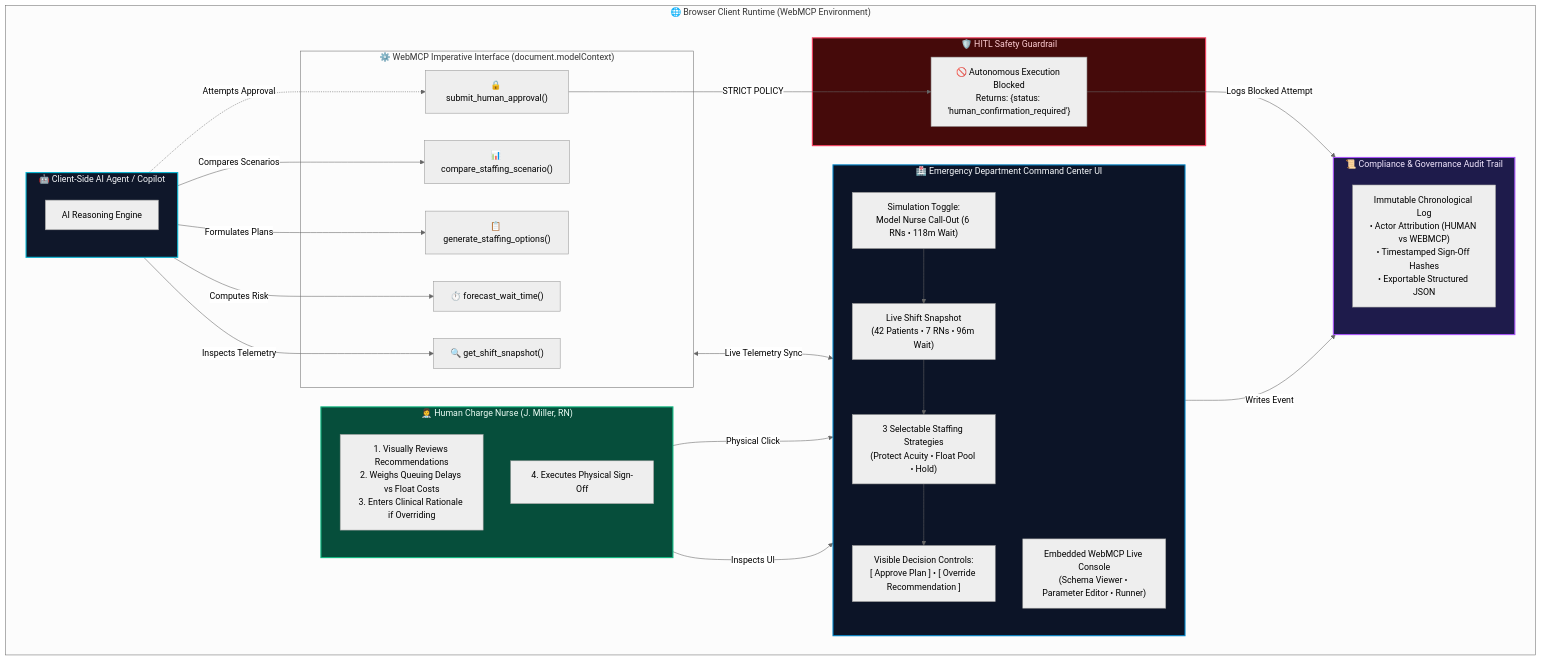
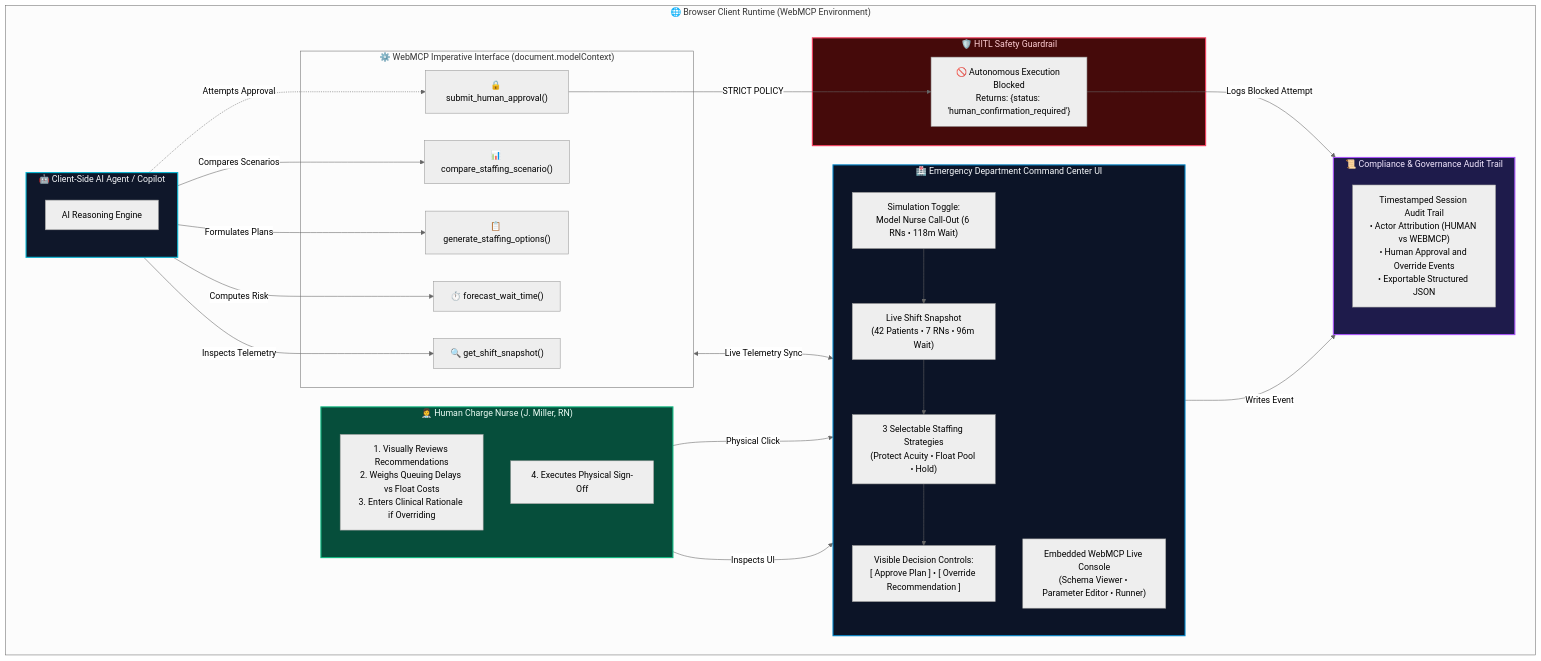
Before and after one commit to draculess99/SafeStaff-Shift-Commander-WebMCP: the diagram in README.md, drawn with Mermaid (neutral theme). The commit also changed other lines of this file, not shown here.

Commit message:
docs: refine Mermaid audit label and WebMCP adapter phrasing in README

````diff
--- a/README.md
+++ b/README.md
@@ -51,65 +51,65 @@
 ```mermaid
 flowchart TB
     subgraph ClientBrowser ["🌐 Browser Client Runtime (WebMCP Environment)"]
         subgraph WebMCP ["⚙️ WebMCP Imperative Interface (document.modelContext)"]
             T1["🔍 get_shift_snapshot()"]
             T2["⏱️ forecast_wait_time()"]
             T3["📋 generate_staffing_options()"]
             T4["📊 compare_staffing_scenario()"]
             T5["🔒 submit_human_approval()"]
         end
 
         subgraph AI_Agent ["🤖 Client-Side AI Agent / Copilot"]
             direction TB
             AgentBrain["AI Reasoning Engine"] -->|Inspects Telemetry| T1
             AgentBrain -->|Computes Risk| T2
             AgentBrain -->|Formulates Plans| T3
             AgentBrain -->|Compares Scenarios| T4
             AgentBrain -.->|Attempts Approval| T5
         end
 
         subgraph Safety_Guardrail ["🛡️ HITL Safety Guardrail"]
             T5 -->|STRICT POLICY| BlockAction["🚫 Autonomous Execution Blocked\nReturns: {status: 'human_confirmation_required'}"]
         end
 
         subgraph Command_Center_UI ["🏥 Emergency Department Command Center UI"]
             direction TB
             LiveTelemetry["Live Shift Snapshot\n(42 Patients • 7 RNs • 96m Wait)"]
             CalloutToggle["Simulation Toggle:\nModel Nurse Call-Out (6 RNs • 118m Wait)"]
             StrategyCards["3 Selectable Staffing Strategies\n(Protect Acuity • Float Pool • Hold)"]
             ActionControls["Visible Decision Controls:\n[ Approve Plan ] • [ Override Recommendation ]"]
             LiveInspector["Embedded WebMCP Live Console\n(Schema Viewer • Parameter Editor • Runner)"]
         end
 
         subgraph Clinician ["👩‍⚕️ Human Charge Nurse (J. Miller, RN)"]
             ReviewState["1. Visually Reviews Recommendations\n2. Weighs Queuing Delays vs Float Costs\n3. Enters Clinical Rationale if Overriding"]
             Authorize["4. Executes Physical Sign-Off"]
         end
 
         subgraph Audit_Log ["📜 Compliance & Governance Audit Trail"]
-            AuditRecords["Immutable Chronological Log\n• Actor Attribution (HUMAN vs WEBMCP)\n• Timestamped Sign-Off Hashes\n• Exportable Structured JSON"]
+            AuditRecords["Timestamped Session Audit Trail\n• Actor Attribution (HUMAN vs WEBMCP)\n• Human Approval and Override Events\n• Exportable Structured JSON"]
         end
     end
 
     %% Connections
     LiveTelemetry --> StrategyCards
     CalloutToggle --> LiveTelemetry
     StrategyCards --> ActionControls
     Clinician -->|Inspects UI| StrategyCards
     Clinician -->|Physical Click| ActionControls
     ActionControls -->|Writes Event| Audit_Log
     BlockAction -->|Logs Blocked Attempt| Audit_Log
     WebMCP <-->|Live Telemetry Sync| LiveTelemetry
 
     classDef agent fill:#0f172a,stroke:#06b6d4,stroke-width:2px,color:#f8fafc;
     classDef safety fill:#450a0a,stroke:#f43f5e,stroke-width:2px,color:#fecdd3;
     classDef ui fill:#0c1427,stroke:#0284c7,stroke-width:2px,color:#f8fafc;
     classDef human fill:#064e3b,stroke:#10b981,stroke-width:2px,color:#ecfdf5;
     classDef audit fill:#1e1b4b,stroke:#a855f7,stroke-width:2px,color:#f3e8ff;
 
     class AI_Agent agent;
     class Safety_Guardrail safety;
     class Command_Center_UI ui;
     class Clinician human;
     class Audit_Log audit;
 ```
````
